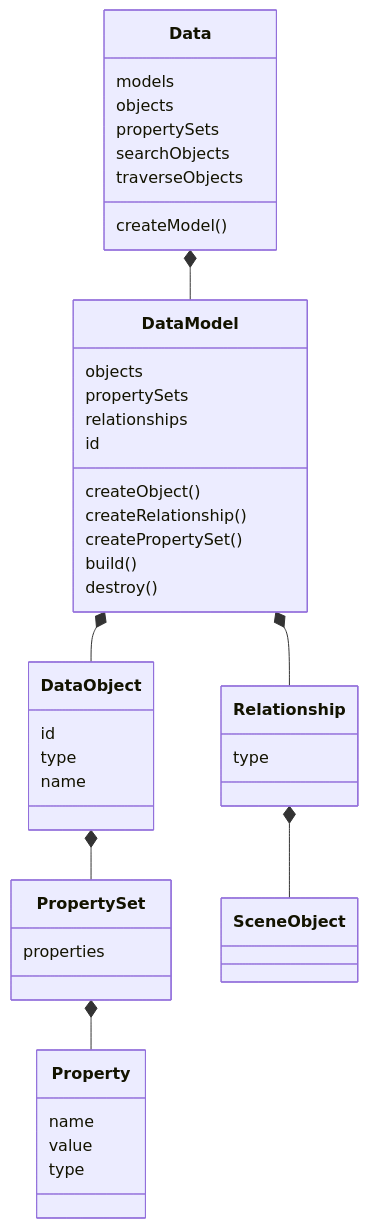
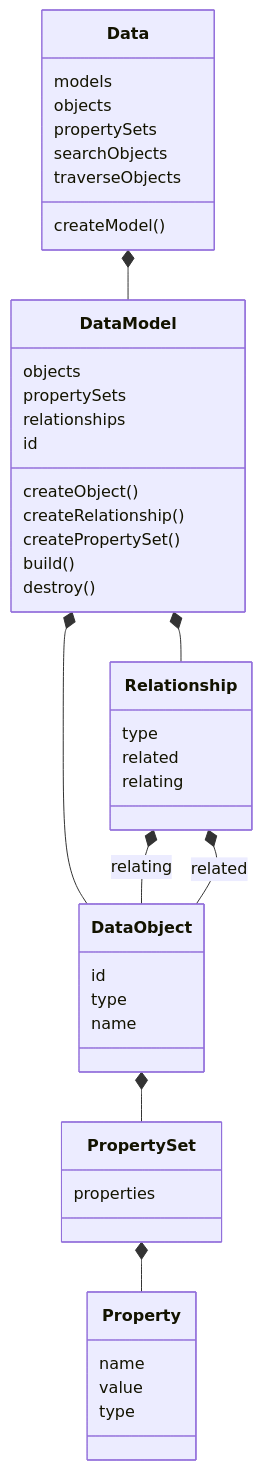
One commit to xeokit/sdk changed the second of 3 diagrams in README.md. Above: the diagram before and after it, drawn with Mermaid.

````diff
--- a/README.md
+++ b/README.md
@@ -82,32 +82,35 @@
 ```mermaid
 classDiagram
     Data *-- DataModel
     Data : createModel()
     Data : models
     Data : objects
     Data : propertySets
     DataModel *-- DataObject
     DataObject *-- PropertySet
     DataObject : id
     DataObject : type
     DataObject : name
     PropertySet *-- Property
     PropertySet : properties
     Property : name
     Property : value
     Property : type
-    Relationship *-- SceneObject
+    Relationship *-- DataObject : relating
+    Relationship *-- DataObject : related
     Relationship : type
+    Relationship : related
+    Relationship : relating
     DataModel *-- Relationship
     DataModel : createObject()
     DataModel : createRelationship()
     DataModel : createPropertySet()
     DataModel : objects
     DataModel : propertySets
     DataModel : relationships
     DataModel : build()
     DataModel : destroy()
     Data : searchObjects
     Data : traverseObjects
     DataModel : id
 ```
````
